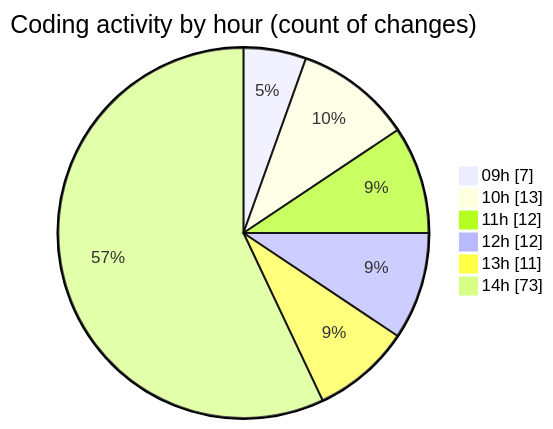
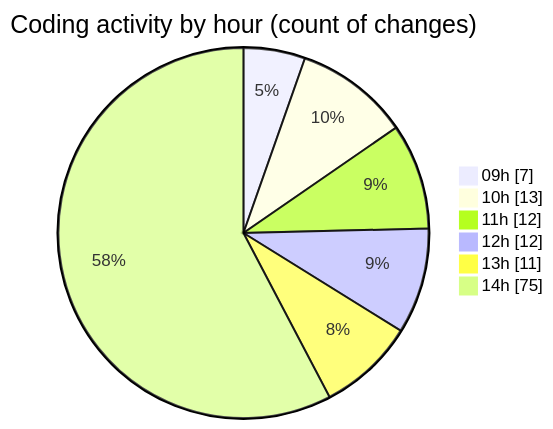
Before and after one commit to momahboobian/code-tracking: the second of 2 diagrams in 2025-08-18/cda/README.md, drawn with Mermaid. The commit also changed other lines of this file and 1 other file, not shown here.

````diff
--- a/2025-08-18/cda/README.md
+++ b/2025-08-18/cda/README.md
@@ -51,10 +51,10 @@
 ```mermaid
 pie showData
 title Coding activity by hour (count of changes)
 "09h" : 7
 "10h" : 13
 "11h" : 12
 "12h" : 12
 "13h" : 11
-"14h" : 73
+"14h" : 75
 ```
````
